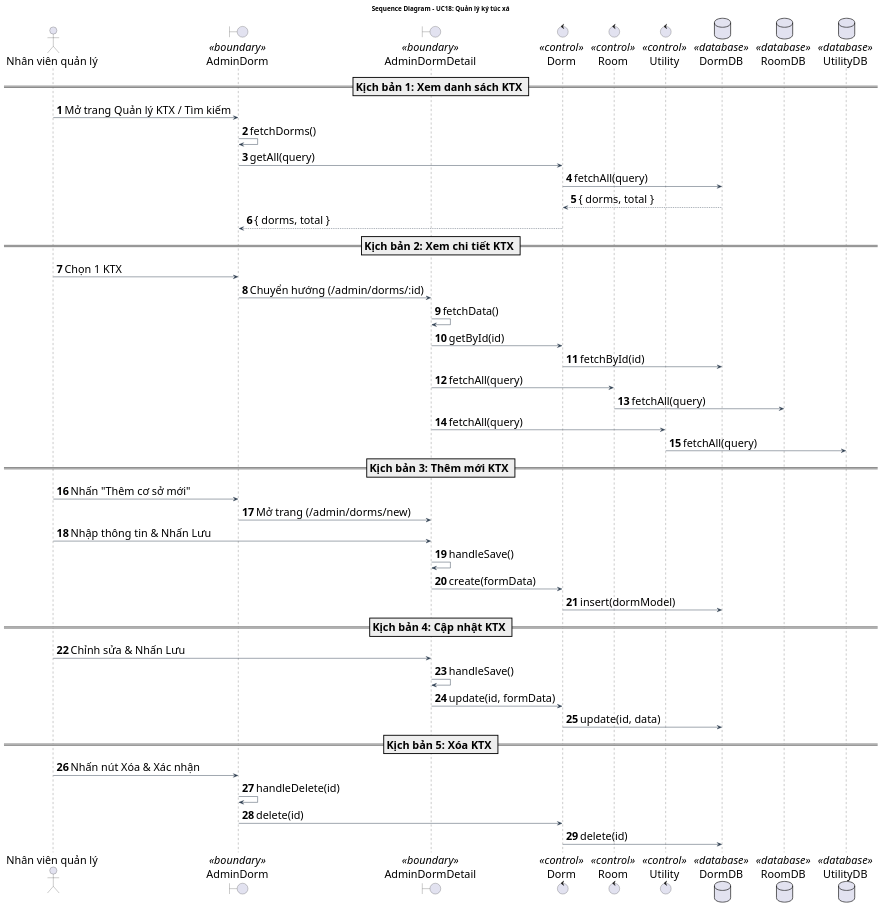
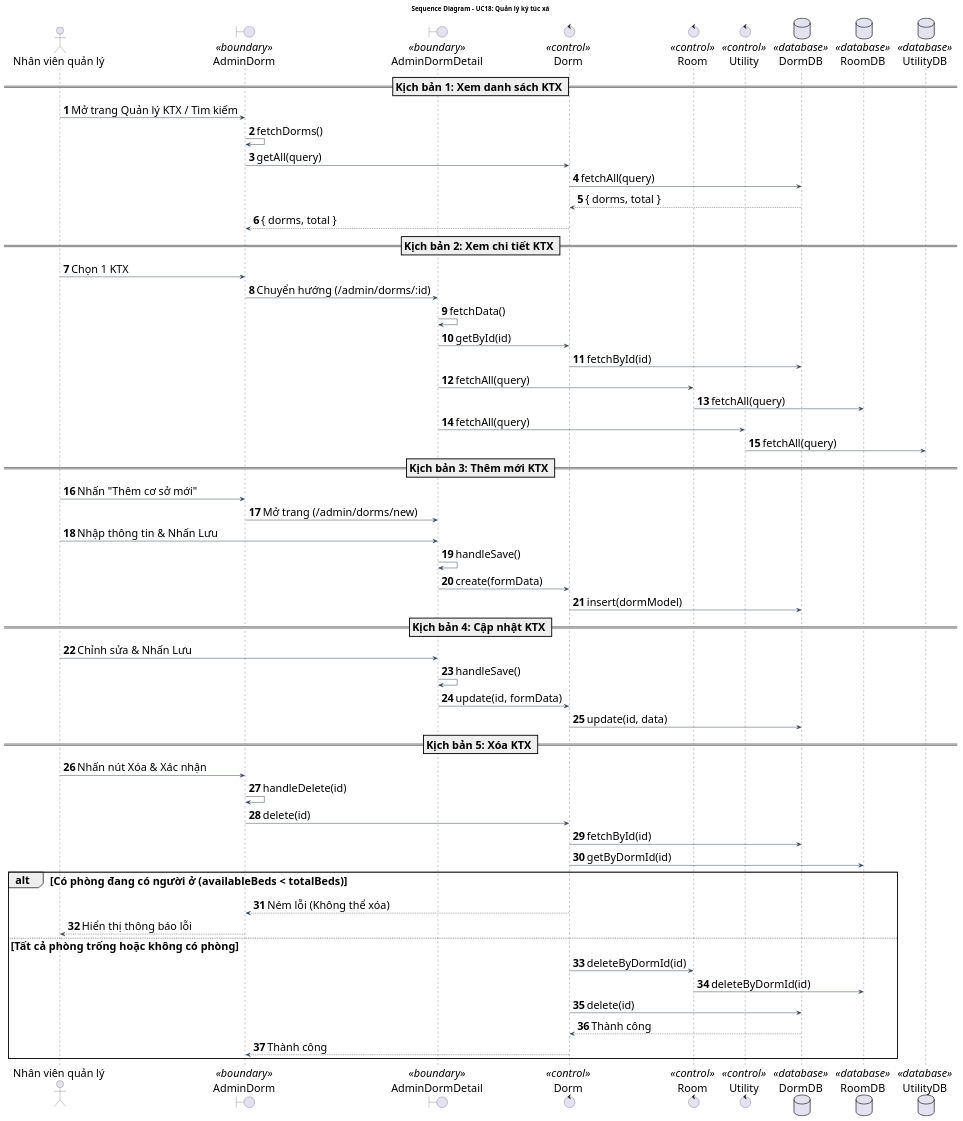
One commit to Gnourt812005/HCMUS-Analyze-and-desgin-IS changed the diagram in doc/system/quan_ly_ky_tuc_xa/QuanLyKyTucXa_SequenceDiagram.wsd. Above: the diagram before and after it, drawn with PlantUML. The commit also changed 7 other files, not shown here.

Commit message:
truong/code: catch condition in delete dorm/room

```diff
--- a/doc/system/quan_ly_ky_tuc_xa/QuanLyKyTucXa_SequenceDiagram.wsd
+++ b/doc/system/quan_ly_ky_tuc_xa/QuanLyKyTucXa_SequenceDiagram.wsd
@@ -1,66 +1,78 @@
 @startuml QuanLyKyTucXa_SequenceDiagram
 title Sequence Diagram - UC18: Quản lý ký túc xá
 
 ' --- STYLE CONFIGURATION ---
 skinparam {
     BackgroundColor White
     ArrowColor #2D3E50
     DefaultFontName "Arial"
     DefaultFontSize 24
     ParticipantPadding 20
     BoxPadding 10
 }
 
 actor "Nhân viên quản lý" as Actor
 boundary "AdminDorm" as MainGUI <<boundary>>
 boundary "AdminDormDetail" as DetailGUI <<boundary>>
 control "Dorm" as BUS <<control>>
 control "Room" as ROOM <<control>>
 control "Utility" as UTIL <<control>>
 database "DormDB" as DB <<database>>
 database "RoomDB" as RDB <<database>>
 database "UtilityDB" as UDB <<database>>
 
 autonumber
 
 
 == Kịch bản 1: Xem danh sách KTX ==
 Actor -> MainGUI: Mở trang Quản lý KTX / Tìm kiếm
 MainGUI -> MainGUI: fetchDorms()
 MainGUI -> BUS: getAll(query)
 BUS -> DB: fetchAll(query)
 DB --> BUS: { dorms, total }
 BUS --> MainGUI: { dorms, total }
 
 == Kịch bản 2: Xem chi tiết KTX ==
 Actor -> MainGUI: Chọn 1 KTX
 MainGUI -> DetailGUI: Chuyển hướng (/admin/dorms/:id)
 DetailGUI -> DetailGUI: fetchData()
 DetailGUI -> BUS: getById(id)
 BUS -> DB: fetchById(id)
 DetailGUI -> ROOM: fetchAll(query)
 ROOM -> RDB: fetchAll(query)
 DetailGUI -> UTIL: fetchAll(query)
 UTIL -> UDB: fetchAll(query)
 
 == Kịch bản 3: Thêm mới KTX ==
 Actor -> MainGUI: Nhấn "Thêm cơ sở mới"
 MainGUI -> DetailGUI: Mở trang (/admin/dorms/new)
 Actor -> DetailGUI: Nhập thông tin & Nhấn Lưu
 DetailGUI -> DetailGUI: handleSave()
 DetailGUI -> BUS: create(formData)
 BUS -> DB: insert(dormModel)
 
 == Kịch bản 4: Cập nhật KTX ==
 Actor -> DetailGUI: Chỉnh sửa & Nhấn Lưu
 DetailGUI -> DetailGUI: handleSave()
 DetailGUI -> BUS: update(id, formData)
 BUS -> DB: update(id, data)
 
 == Kịch bản 5: Xóa KTX ==
 Actor -> MainGUI: Nhấn nút Xóa & Xác nhận
 MainGUI -> MainGUI: handleDelete(id)
 MainGUI -> BUS: delete(id)
-BUS -> DB: delete(id)
+BUS -> DB: fetchById(id)
+BUS -> RDB: getByDormId(id)
+alt Có phòng đang có người ở (availableBeds < totalBeds)
+    BUS --> MainGUI: Ném lỗi (Không thể xóa)
+    MainGUI --> Actor: Hiển thị thông báo lỗi
+else Tất cả phòng trống hoặc không có phòng
+    BUS -> ROOM: deleteByDormId(id)
+    ROOM -> RDB: deleteByDormId(id)
+    BUS -> DB: delete(id)
+    DB --> BUS: Thành công
+    BUS --> MainGUI: Thành công
+end
+
 
 @enduml
```
